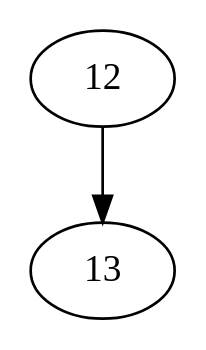
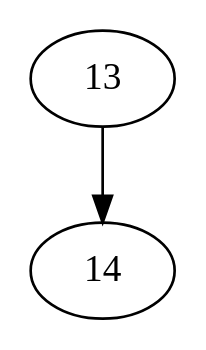
One commit to yangyixiaof/ConEvoDoop changed the diagram in randoop-tests-dot/RegressionTest8_test0.dot. Above: the diagram before and after it, drawn with Graphviz. The commit also changed 4 other files, not shown here.

```diff
--- a/randoop-tests-dot/RegressionTest8_test0.dot
+++ b/randoop-tests-dot/RegressionTest8_test0.dot
@@ -1,8 +1,8 @@
 digraph {
 
 edge[fontname="SimSun",fontcolor=red];
 node[fontname="SimSun",size="20,20"];
 
-12->13;
+13->14;
 
 }
```
